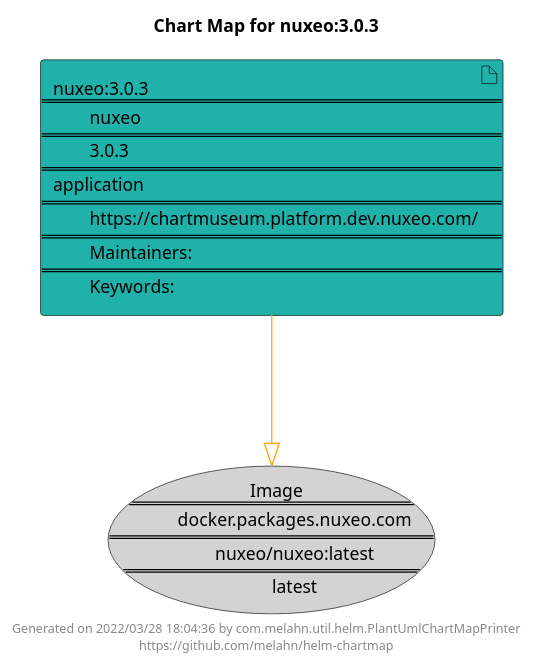
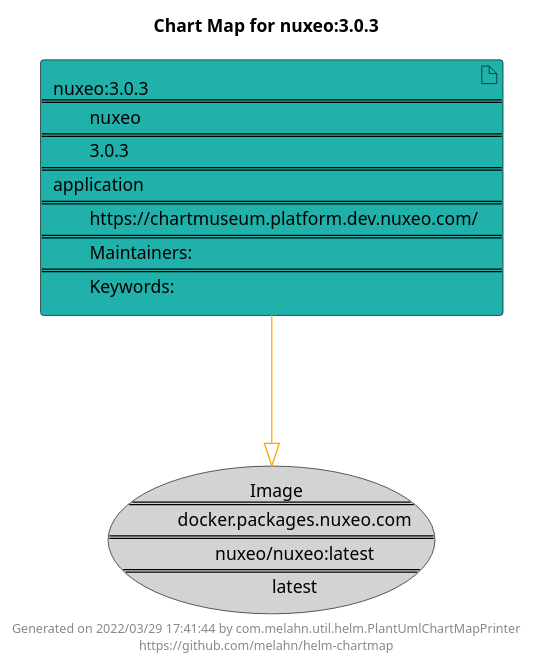
Before and after one commit to melahn/helm-chartmap: the diagram in docs/nuxeo/nuxeo-3.0.3.puml, drawn with PlantUML. The commit also changed 55 other files, not shown here.

Commit message:
Update Example Chart Maps as part of GitHub build

```diff
--- a/docs/nuxeo/nuxeo-3.0.3.puml
+++ b/docs/nuxeo/nuxeo-3.0.3.puml
@@ -1,21 +1,21 @@
 @startuml
 skinparam linetype ortho
 skinparam backgroundColor white
 skinparam usecaseBorderColor black
 skinparam usecaseArrowColor LightSlateGray
 skinparam artifactBorderColor black
 skinparam artifactArrowColor LightSlateGray
 
 title Chart Map for nuxeo:3.0.3
 
 'There is one referenced Helm Chart
 artifact "nuxeo:3.0.3\n====\n\tnuxeo\n====\n\t3.0.3\n====\napplication\n====\n\thttps://chartmuseum.platform.dev.nuxeo.com/\n====\n\tMaintainers: \n====\n\tKeywords: " as nuxeo_3_0_3 #LightSeaGreen
 
 'There is one referenced Docker Image
 usecase "Image\n====\n\tdocker.packages.nuxeo.com\n====\n\tnuxeo/nuxeo:latest\n====\n\tlatest" as docker_packages_nuxeo_com_nuxeo_nuxeo_latest #LightGray
 
 'Chart Dependencies
 nuxeo_3_0_3--[#orange]-|>docker_packages_nuxeo_com_nuxeo_nuxeo_latest
 
-center footer Generated on 2022/03/28 18:04:36 by com.melahn.util.helm.PlantUmlChartMapPrinter\nhttps://github.com/melahn/helm-chartmap
+center footer Generated on 2022/03/29 17:41:44 by com.melahn.util.helm.PlantUmlChartMapPrinter\nhttps://github.com/melahn/helm-chartmap
 @enduml
```
